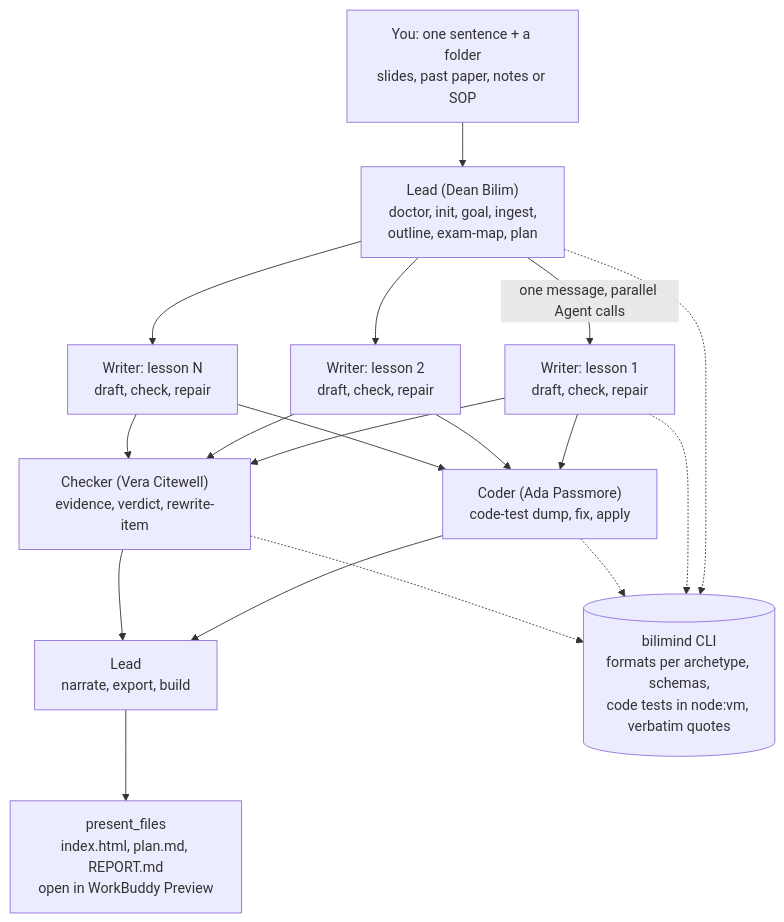
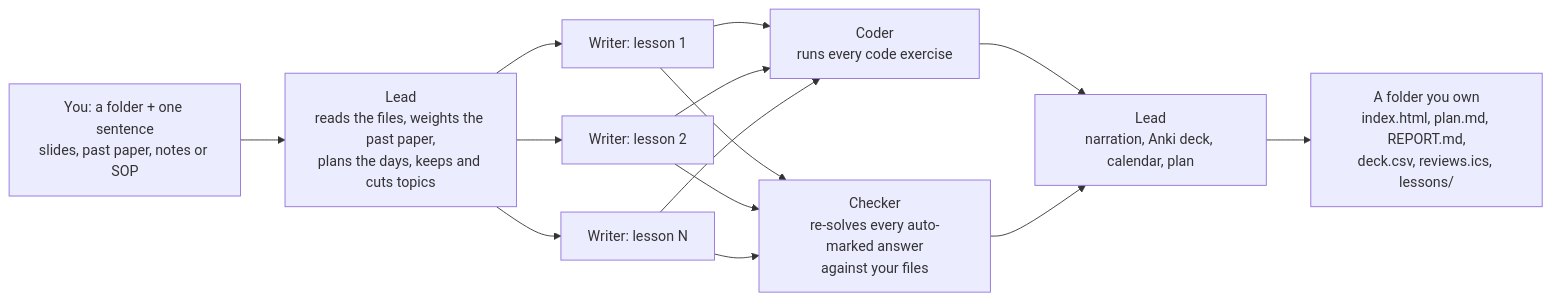
One commit to Odilient/bilimind-desktop changed the diagram in README.md. Above: the diagram before and after it, drawn with Mermaid. The commit also changed other lines of this file and 140 other files, not shown here.

````diff
--- a/README.md
+++ b/README.md
@@ -39,17 +37,11 @@
 ```mermaid
-flowchart TD
-    U["You: one sentence + a folder<br/>slides, past paper, notes or SOP"] --> L1
-    L1["Lead (Dean Bilim)<br/>doctor, init, goal, ingest,<br/>outline, exam-map, plan"]
-    L1 -->|"one message, parallel Agent calls"| W1["Writer: lesson 1<br/>draft, check, repair"]
-    L1 --> W2["Writer: lesson 2<br/>draft, check, repair"]
-    L1 --> W3["Writer: lesson N<br/>draft, check, repair"]
-    W1 & W2 & W3 --> C["Coder (Ada Passmore)<br/>code-test dump, fix, apply"]
-    W1 & W2 & W3 --> K["Checker (Vera Citewell)<br/>evidence, verdict, rewrite-item"]
-    C & K --> L2["Lead<br/>narrate, export, build"]
-    L2 --> P["present_files<br/>index.html, plan.md, REPORT.md<br/>open in WorkBuddy Preview"]
-    CLI[("bilimind CLI<br/>formats per archetype, schemas,<br/>code tests in node:vm, verbatim quotes")]
-    L1 -.-> CLI
-    W1 -.-> CLI
-    C -.-> CLI
-    K -.-> CLI
+flowchart LR
+    U["You: a folder + one sentence<br/>slides, past paper, notes or SOP"] --> L1["Lead<br/>reads the files, weights the past paper,<br/>plans the days, keeps and cuts topics"]
+    L1 --> W1["Writer: lesson 1"]
+    L1 --> W2["Writer: lesson 2"]
+    L1 --> W3["Writer: lesson N"]
+    W1 & W2 & W3 --> C["Coder<br/>runs every code exercise"]
+    W1 & W2 & W3 --> K["Checker<br/>re-solves every auto-marked answer<br/>against your files"]
+    C & K --> L2["Lead<br/>narration, Anki deck, calendar, plan"]
+    L2 --> F["A folder you own<br/>index.html, plan.md, REPORT.md,<br/>deck.csv, reviews.ics, lessons/"]
 ```
````
